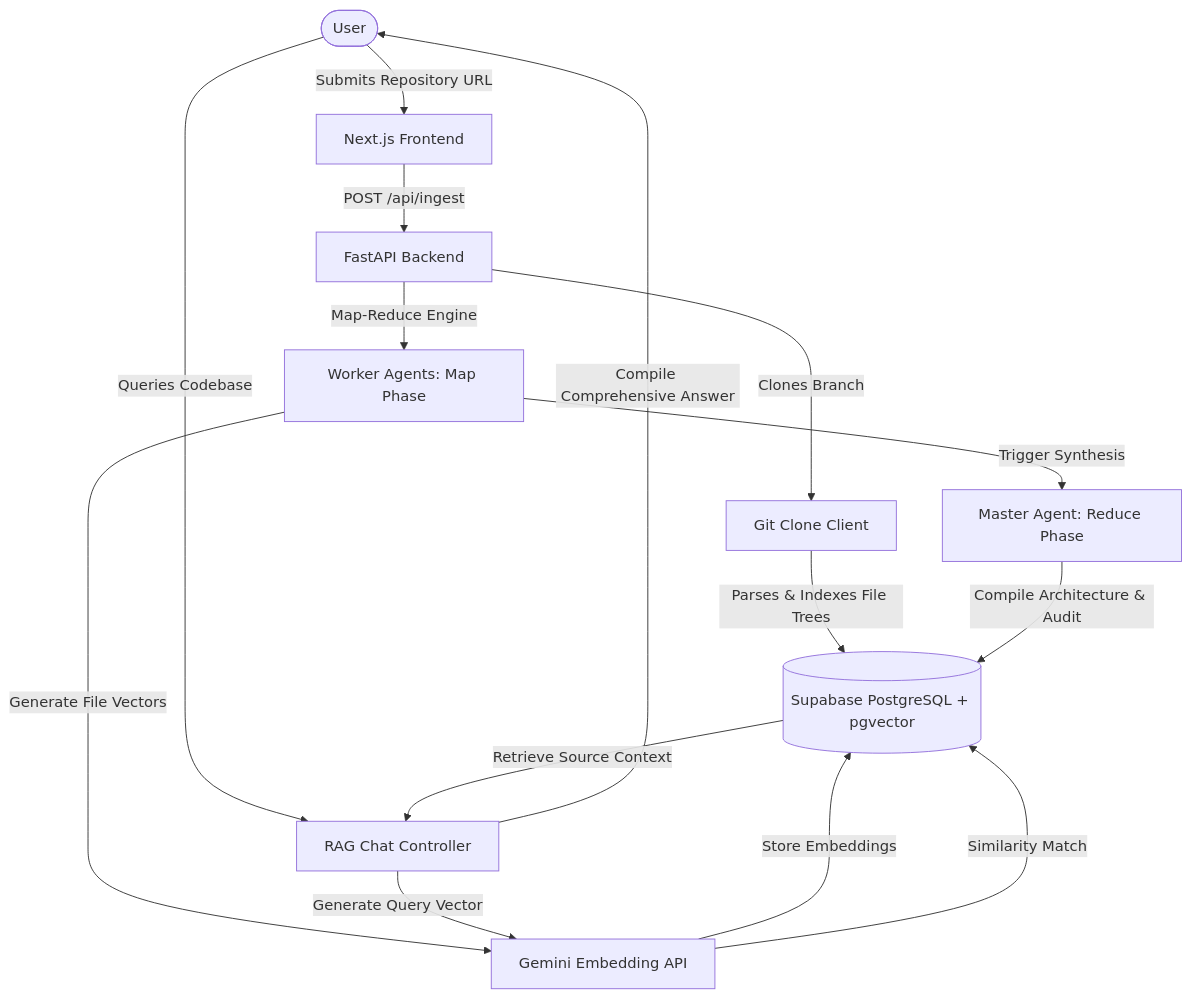
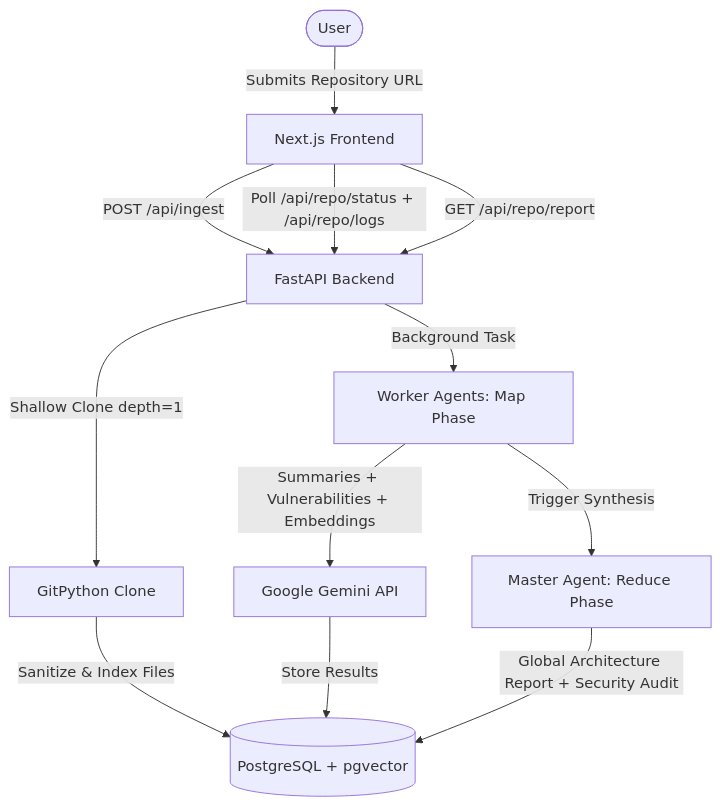
The diagram in README.md (manasirugle/repoXray), drawn with Mermaid before and after one commit. The commit also changed other lines of this file, not shown here.

````diff
--- a/README.md
+++ b/README.md
@@ -31,19 +59,16 @@
 ```mermaid
 graph TD
     User([User]) -->|Submits Repository URL| Frontend[Next.js Frontend]
     Frontend -->|POST /api/ingest| Backend[FastAPI Backend]
-    Backend -->|Clones Branch| Git[Git Clone Client]
-    Git -->|Parses & Indexes File Trees| DB[(Supabase PostgreSQL + pgvector)]
-    
-    Backend -->|Map-Reduce Engine| MapPhase[Worker Agents: Map Phase]
-    MapPhase -->|Generate File Vectors| GeminiEmbed[Gemini Embedding API]
-    GeminiEmbed -->|Store Embeddings| DB
+    Backend -->|Shallow Clone depth=1| Git[GitPython Clone]
+    Git -->|Sanitize & Index Files| DB[(PostgreSQL + pgvector)]
+
+    Backend -->|Background Task| MapPhase[Worker Agents: Map Phase]
+    MapPhase -->|Summaries + Vulnerabilities + Embeddings| Gemini[Google Gemini API]
+    Gemini -->|Store Results| DB
     MapPhase -->|Trigger Synthesis| ReducePhase[Master Agent: Reduce Phase]
-    ReducePhase -->|Compile Architecture & Audit| DB
-    
-    User -->|Queries Codebase| Chat[RAG Chat Controller]
-    Chat -->|Generate Query Vector| GeminiEmbed
-    GeminiEmbed -->|Similarity Match| DB
-    DB -->|Retrieve Source Context| Chat
-    Chat -->|Compile Comprehensive Answer| User
+    ReducePhase -->|Global Architecture Report + Security Audit| DB
+
+    Frontend -->|Poll /api/repo/status + /api/repo/logs| Backend
+    Frontend -->|GET /api/repo/report| Backend
 ```
````
